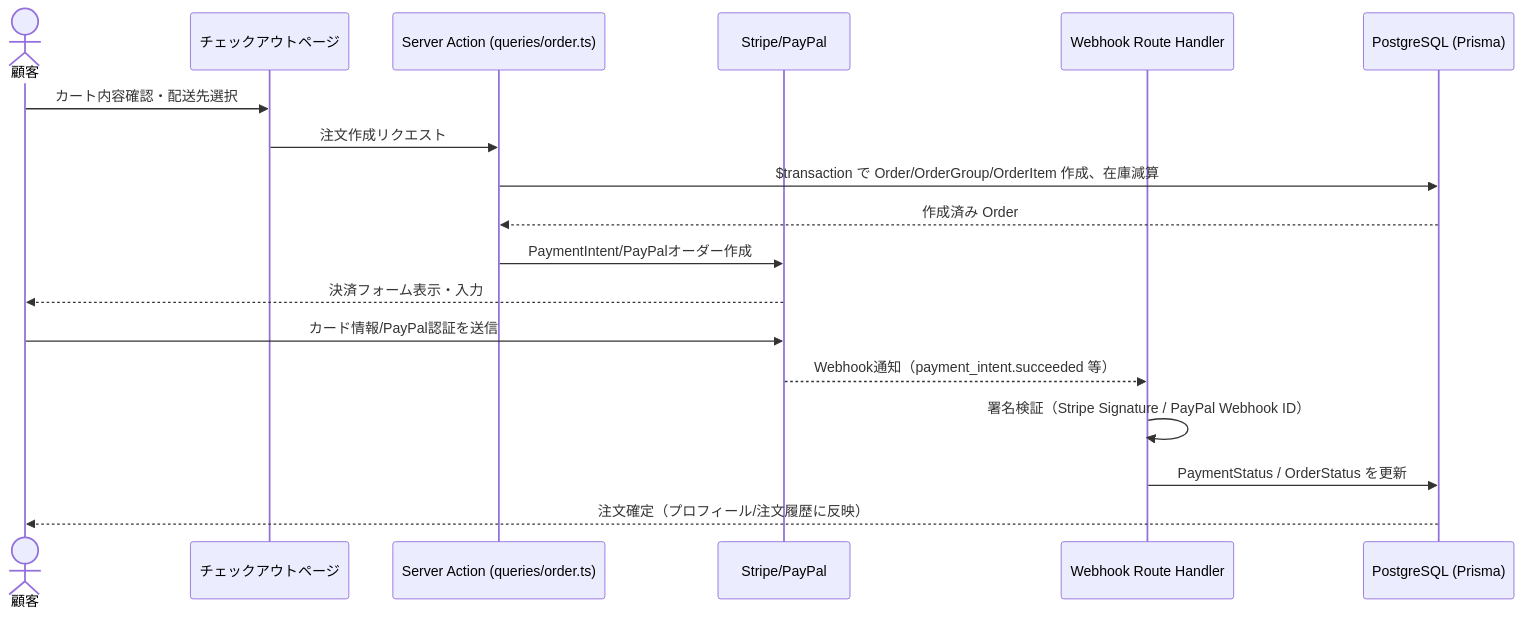
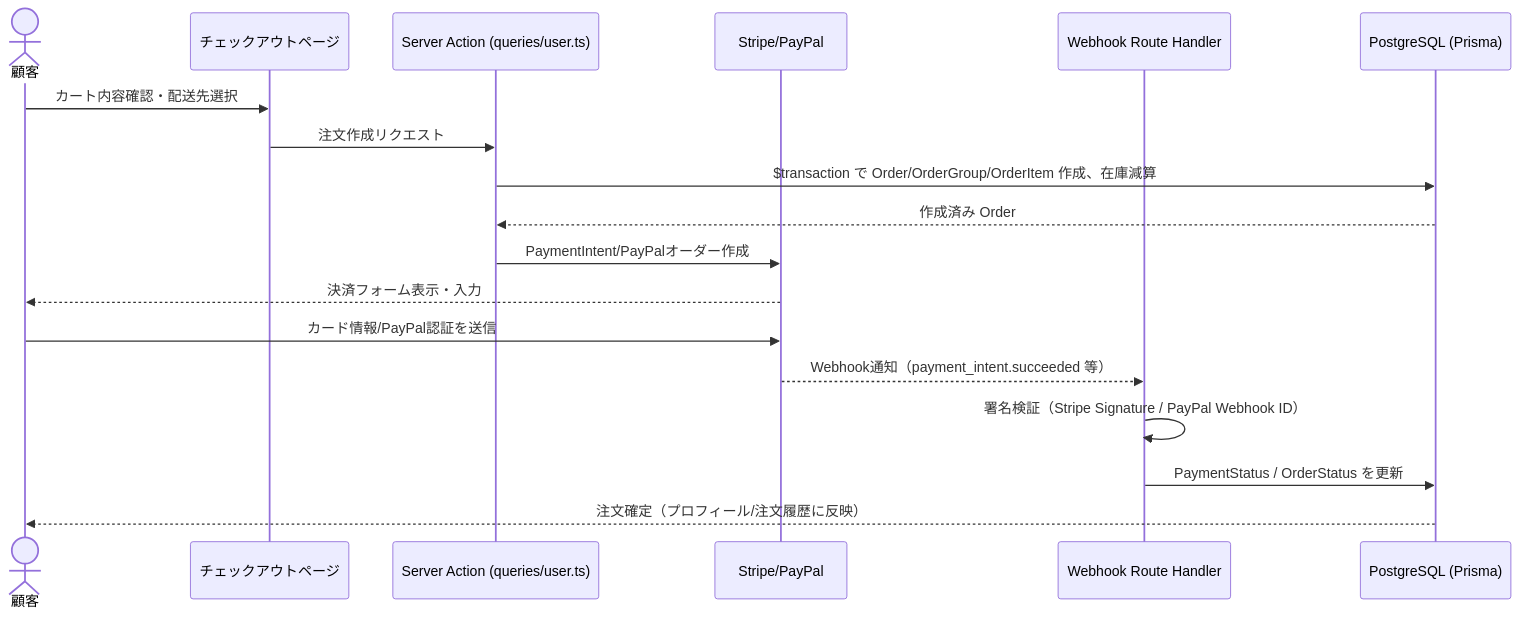
The second of 3 diagrams in docs/PROJECT-DETAILS/PROJECT_DOCUMENTATION-Multi-Vendor-E-Commerce.md (myoshi2891/Portfolio), drawn with Mermaid before and after one commit. The commit also changed other lines of this file, not shown here.

Commit message:
docs(multi-vendor): align server action boundary and checkout path with source

````diff
--- a/docs/PROJECT-DETAILS/PROJECT_DOCUMENTATION-Multi-Vendor-E-Commerce.md
+++ b/docs/PROJECT-DETAILS/PROJECT_DOCUMENTATION-Multi-Vendor-E-Commerce.md
@@ -143,21 +143,21 @@
 ```mermaid
 sequenceDiagram
     actor U as 顧客
     participant CO as チェックアウトページ
-    participant QA as Server Action (queries/order.ts)
+    participant QA as Server Action (queries/user.ts)
     participant PG as Stripe/PayPal
     participant WH as Webhook Route Handler
     participant DB as PostgreSQL (Prisma)
 
     U->>CO: カート内容確認・配送先選択
     CO->>QA: 注文作成リクエスト
     QA->>DB: $transaction で Order/OrderGroup/OrderItem 作成、在庫減算
     DB-->>QA: 作成済み Order
     QA->>PG: PaymentIntent/PayPalオーダー作成
     PG-->>U: 決済フォーム表示・入力
     U->>PG: カード情報/PayPal認証を送信
     PG-->>WH: Webhook通知（payment_intent.succeeded 等）
     WH->>WH: 署名検証（Stripe Signature / PayPal Webhook ID）
     WH->>DB: PaymentStatus / OrderStatus を更新
     DB-->>U: 注文確定（プロフィール/注文履歴に反映）
 ```
````
